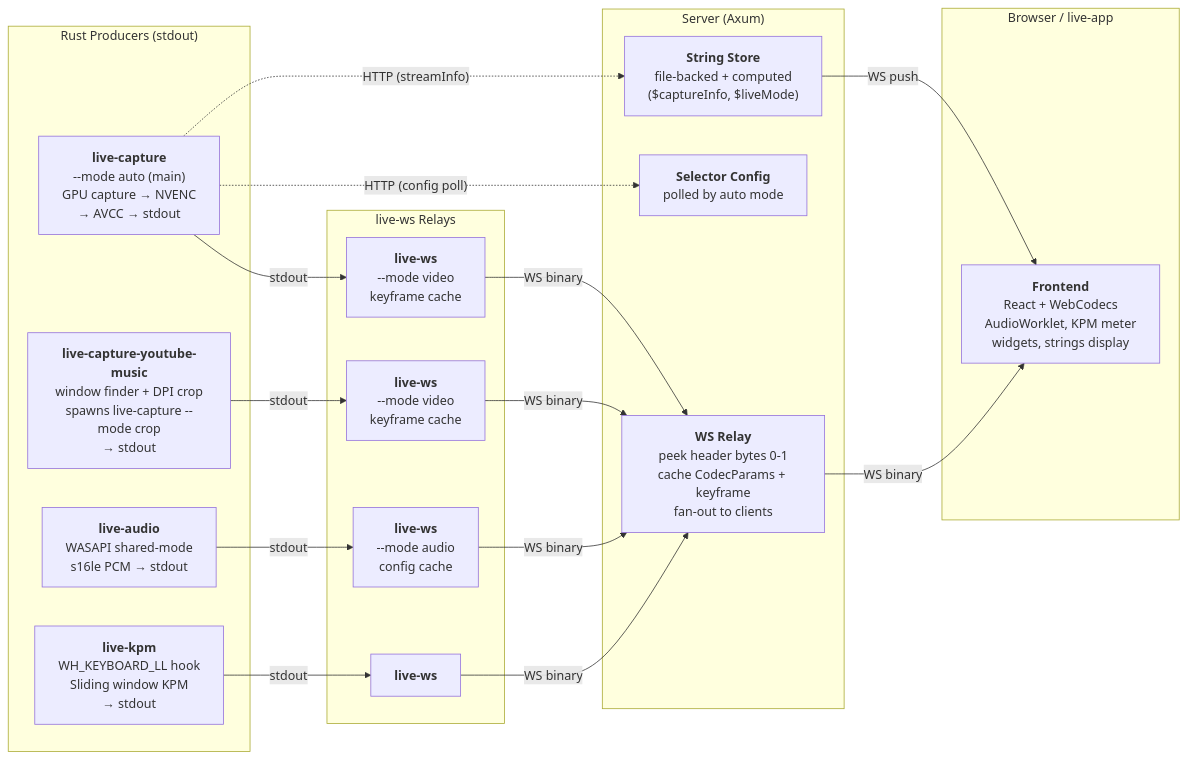
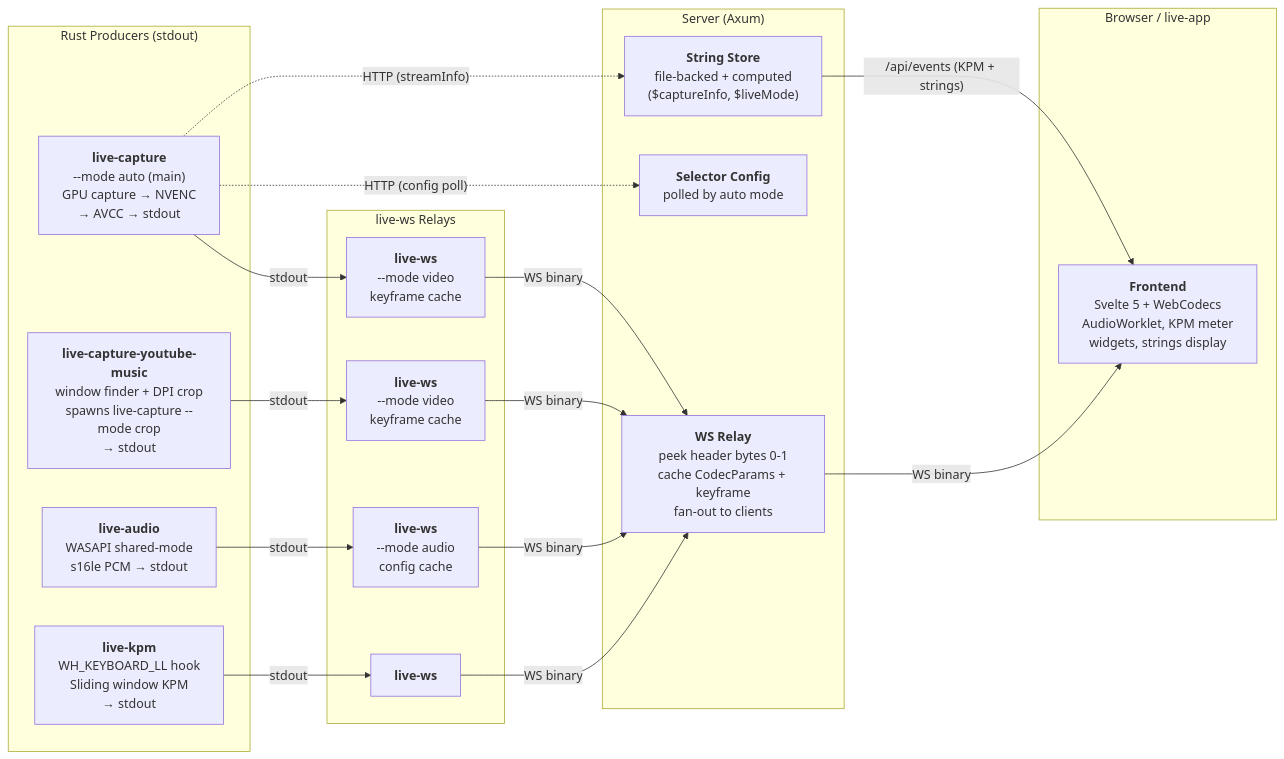
Before and after one commit to NekomaruQwQ/Nekomaru-LiveUI: the diagram in docs/README.md, drawn with Mermaid. The commit also changed other lines of this file and 15 other files, not shown here.

Commit message:
Extract runReconnectingWS helper, dedupe viewer reconnect loops + Unify KPM and strings under /api/events WS + Refresh docs/README.md

````diff
--- a/docs/README.md
+++ b/docs/README.md
@@ -63,42 +63,42 @@
 ```mermaid
 graph LR
     subgraph producers["Rust Producers (stdout)"]
         capture_auto["<b>live-capture</b><br/>--mode auto (main)<br/>GPU capture → NVENC<br/>→ AVCC → stdout"]
         capture_youtube_music["<b>live-capture-youtube-music</b><br/>window finder + DPI crop<br/>spawns live-capture --mode crop<br/>→ stdout"]
         audio["<b>live-audio</b><br/>WASAPI shared-mode<br/>s16le PCM → stdout"]
         kpm["<b>live-kpm</b><br/>WH_KEYBOARD_LL hook<br/>Sliding window KPM<br/>→ stdout"]
     end
 
     subgraph relays["live-ws Relays"]
         ws_main["<b>live-ws</b><br/>--mode video<br/>keyframe cache"]
         ws_youtube_music["<b>live-ws</b><br/>--mode video<br/>keyframe cache"]
         ws_audio["<b>live-ws</b><br/>--mode audio<br/>config cache"]
         ws_kpm["<b>live-ws</b>"]
     end
 
     subgraph server["Server (Axum)"]
         relay["<b>WS Relay</b><br/>peek header bytes 0-1<br/>cache CodecParams + keyframe<br/>fan-out to clients"]
         strings["<b>String Store</b><br/>file-backed + computed<br/>($captureInfo, $liveMode)"]
         config["<b>Selector Config</b><br/>polled by auto mode"]
     end
 
     subgraph frontend["Browser / live-app"]
-        viewer["<b>Frontend</b><br/>React + WebCodecs<br/>AudioWorklet, KPM meter<br/>widgets, strings display"]
+        viewer["<b>Frontend</b><br/>Svelte 5 + WebCodecs<br/>AudioWorklet, KPM meter<br/>widgets, strings display"]
     end
 
     capture_auto -- "stdout" --> ws_main
     capture_youtube_music -- "stdout" --> ws_youtube_music
     audio -- "stdout" --> ws_audio
     kpm -- "stdout" --> ws_kpm
 
     ws_main -- "WS binary" --> relay
     ws_youtube_music -- "WS binary" --> relay
     ws_audio -- "WS binary" --> relay
     ws_kpm -- "WS binary" --> relay
 
     capture_auto -. "HTTP (config poll)" .-> config
     capture_auto -. "HTTP (streamInfo)" .-> strings
 
     relay -- "WS binary" --> viewer
-    strings -- "WS push" --> viewer
+    strings -- "/api/events (KPM + strings)" --> viewer
 ```
````
